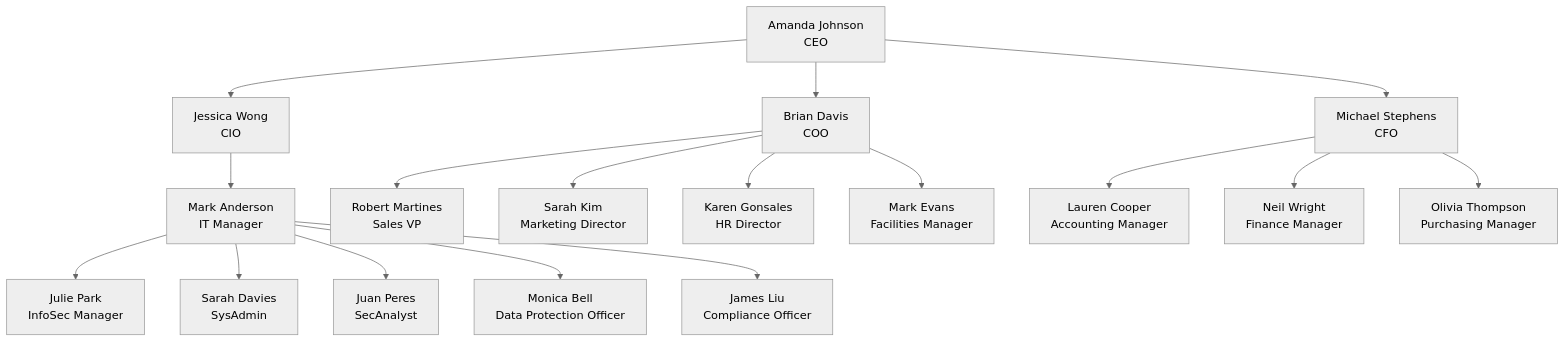
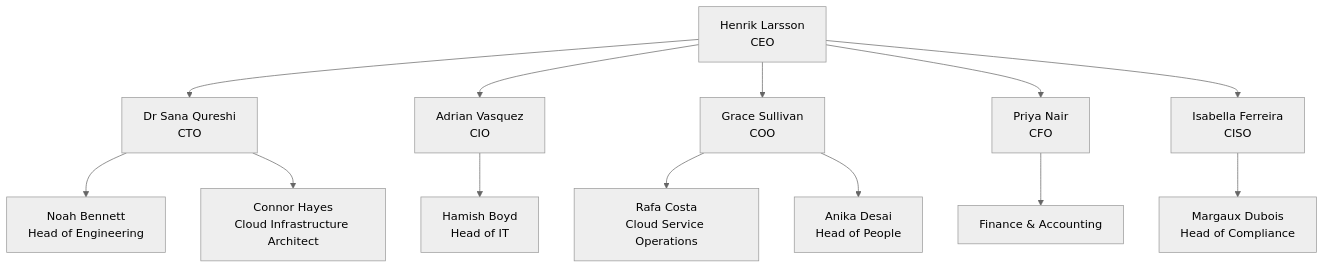
One commit to michael-borck/tessera changed the diagram in docs/support/org_chart.qmd. Above: the diagram before and after it, drawn with Mermaid (neutral theme). The commit also changed other lines of this file and 156 other files, not shown here.

````diff
--- a/docs/support/org_chart.qmd
+++ b/docs/support/org_chart.qmd
@@ -42,22 +42,20 @@
 ```{mermaid}
 graph TD
-    CEO[Amanda Johnson <br/> CEO] --> CFO
+    CEO[Henrik Larsson<br/>CEO] --> CTO
     CEO --> CIO
     CEO --> COO
+    CEO --> CFO
+    CEO --> CISO
 
-    CIO[Jessica Wong <br/> CIO] --> ITManager[Mark Anderson <br/> IT Manager]
-    ITManager --> InfoSecManager[Julie Park <br/> InfoSec Manager]
-    ITManager --> SysAdmin[Sarah Davies <br/> SysAdmin]
-    ITManager --> SecAnalyst[Juan Peres <br/> SecAnalyst]
-    ITManager --> DPO[Monica Bell <br/> Data Protection Officer]
-    ITManager --> Compliance[James Liu <br/> Compliance Officer]
+    CTO[Dr Sana Qureshi<br/>CTO] --> Eng[Noah Bennett<br/>Head of Engineering]
+    CTO --> Arch[Connor Hayes<br/>Cloud Infrastructure Architect]
 
-    COO[Brian Davis <br/> COO] --> Sales[Robert Martines <br/> Sales VP]
-    COO --> Marketing[Sarah Kim <br/> Marketing Director]
-    COO --> HR[Karen Gonsales <br/> HR Director]
-    COO --> Facilities[Mark Evans <br/> Facilities Manager]
+    CIO[Adrian Vasquez<br/>CIO] --> IT[Hamish Boyd<br/>Head of IT]
 
-    CFO[Michael Stephens <br/> CFO] --> Accounting[Lauren Cooper <br/> Accounting Manager]
-    CFO --> Finance[Neil Wright <br/> Finance Manager]
-    CFO --> Purchasing[Olivia Thompson <br/> Purchasing Manager]
+    CISO[Isabella Ferreira<br/>CISO] --> Comp[Margaux Dubois<br/>Head of Compliance]
+
+    COO[Grace Sullivan<br/>COO] --> Ops[Rafa Costa<br/>Cloud Service Operations]
+    COO --> People[Anika Desai<br/>Head of People]
+
+    CFO[Priya Nair<br/>CFO] --> Finance[Finance &amp; Accounting]
 ```
````
